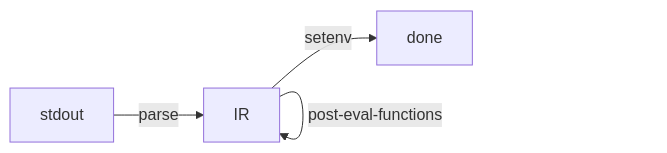
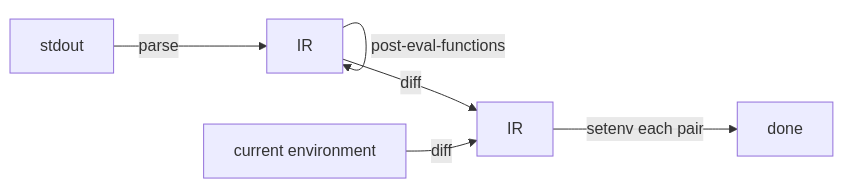
Before and after one commit to cfclrk/environ: the second of 2 diagrams in README.md, drawn with Mermaid. The commit also changed other lines of this file and 2 other files, not shown here.

````diff
--- a/README.md
+++ b/README.md
@@ -252,6 +292,8 @@
 ```mermaid
 flowchart LR
-  stdout -- parse --> IR
-  IR -- post-eval-functions --> IR
-  IR -- setenv --> done
+  stdout -- parse --> IR1[IR]
+  IR1 -- post-eval-functions --> IR1
+  IR1 -- diff --> IR2[IR]
+  cur[current environment] -- diff --> IR2
+  IR2 -- setenv each pair --> done
 ```
````
